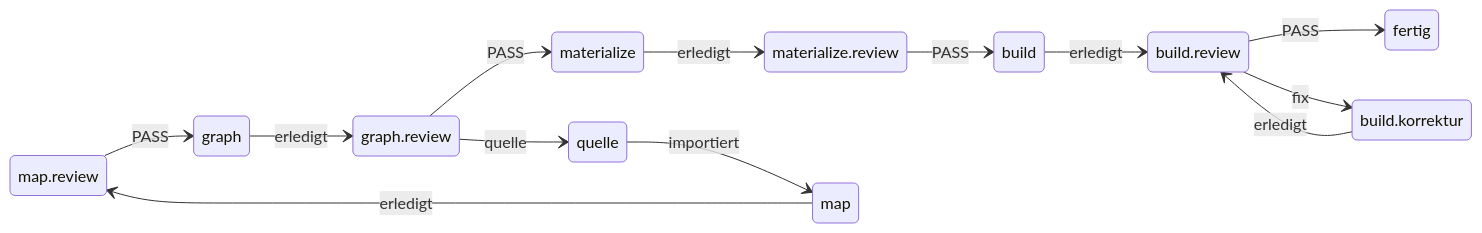
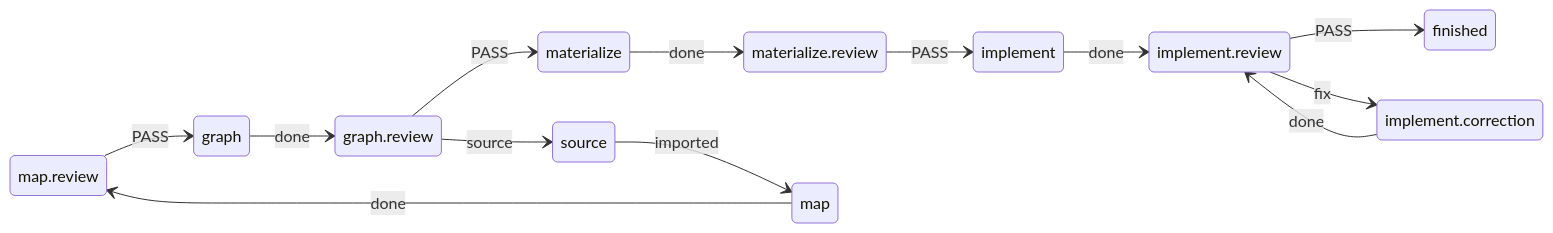
The second of 2 diagrams in README.md (blaumohn/ki-dev), drawn with Mermaid before and after one commit. The commit also changed other lines of this file and 56 other files, not shown here.

First line of the commit message:
Englische Namen für Ablaufdaten und Bezeichner; Phase build heißt implement (ki-dev-ablauf-gna.10)

````diff
--- a/README.md
+++ b/README.md
@@ -172,21 +172,21 @@
 ```mermaid
 stateDiagram-v2
     direction LR
     state "map.review" as map_review
     state "graph.review" as graph_review
     state "materialize.review" as materialize_review
-    state "build.review" as build_review
-    state "build.korrektur" as build_korrektur
-    map --> map_review: erledigt
+    state "implement.review" as implement_review
+    state "implement.correction" as implement_correction
+    map --> map_review: done
     map_review --> graph: PASS
-    graph --> graph_review: erledigt
+    graph --> graph_review: done
     graph_review --> materialize: PASS
-    materialize --> materialize_review: erledigt
-    materialize_review --> build: PASS
-    build --> build_review: erledigt
-    build_review --> fertig: PASS
-    build_review --> build_korrektur: fix
-    build_korrektur --> build_review: erledigt
-    graph_review --> quelle: quelle
-    quelle --> map: importiert
+    materialize --> materialize_review: done
+    materialize_review --> implement: PASS
+    implement --> implement_review: done
+    implement_review --> finished: PASS
+    implement_review --> implement_correction: fix
+    implement_correction --> implement_review: done
+    graph_review --> source: source
+    source --> map: imported
 ```
````
